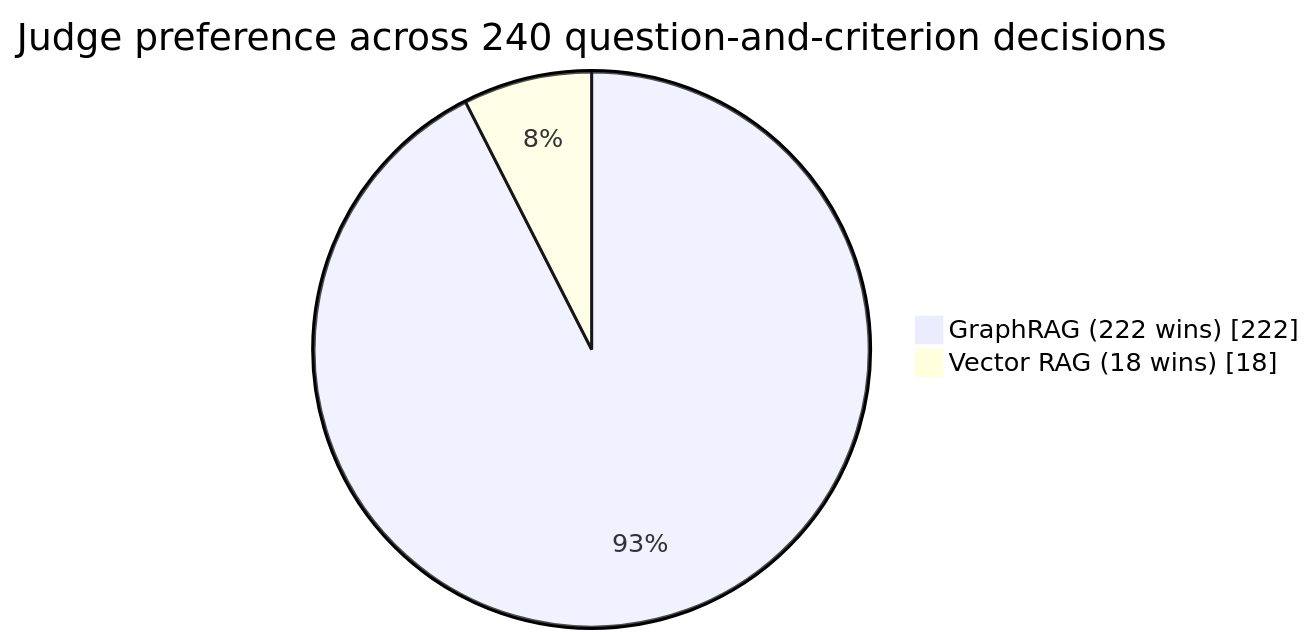
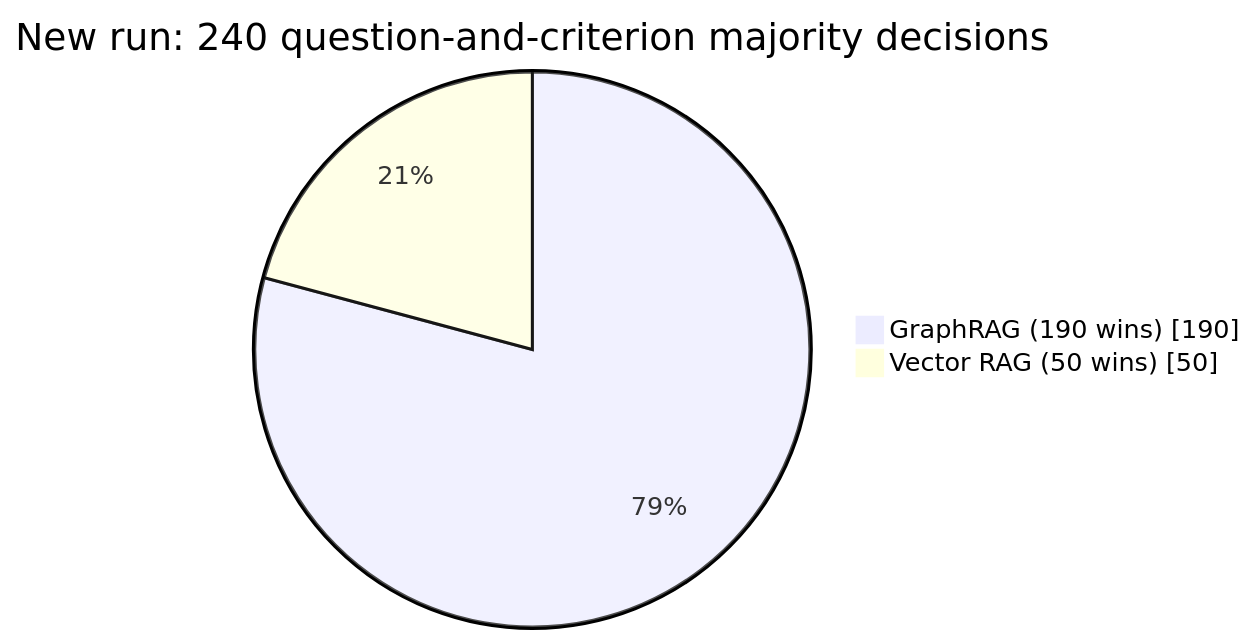
Before and after one commit to Killian-Williams/Jean-Jacque-Rousseau-GraphRAG-VectorRAG-Benchmark: the second of 2 diagrams in README.md, drawn with Mermaid. The commit also changed other lines of this file and 44 other files, not shown here.

````diff
--- a/README.md
+++ b/README.md
@@ -104,6 +104,6 @@
 ```mermaid
 pie showData
-    title Judge preference across 240 question-and-criterion decisions
-    "GraphRAG (222 wins)" : 222
-    "Vector RAG (18 wins)" : 18
+    title New run: 240 question-and-criterion majority decisions
+    "GraphRAG (190 wins)" : 190
+    "Vector RAG (50 wins)" : 50
 ```
````
